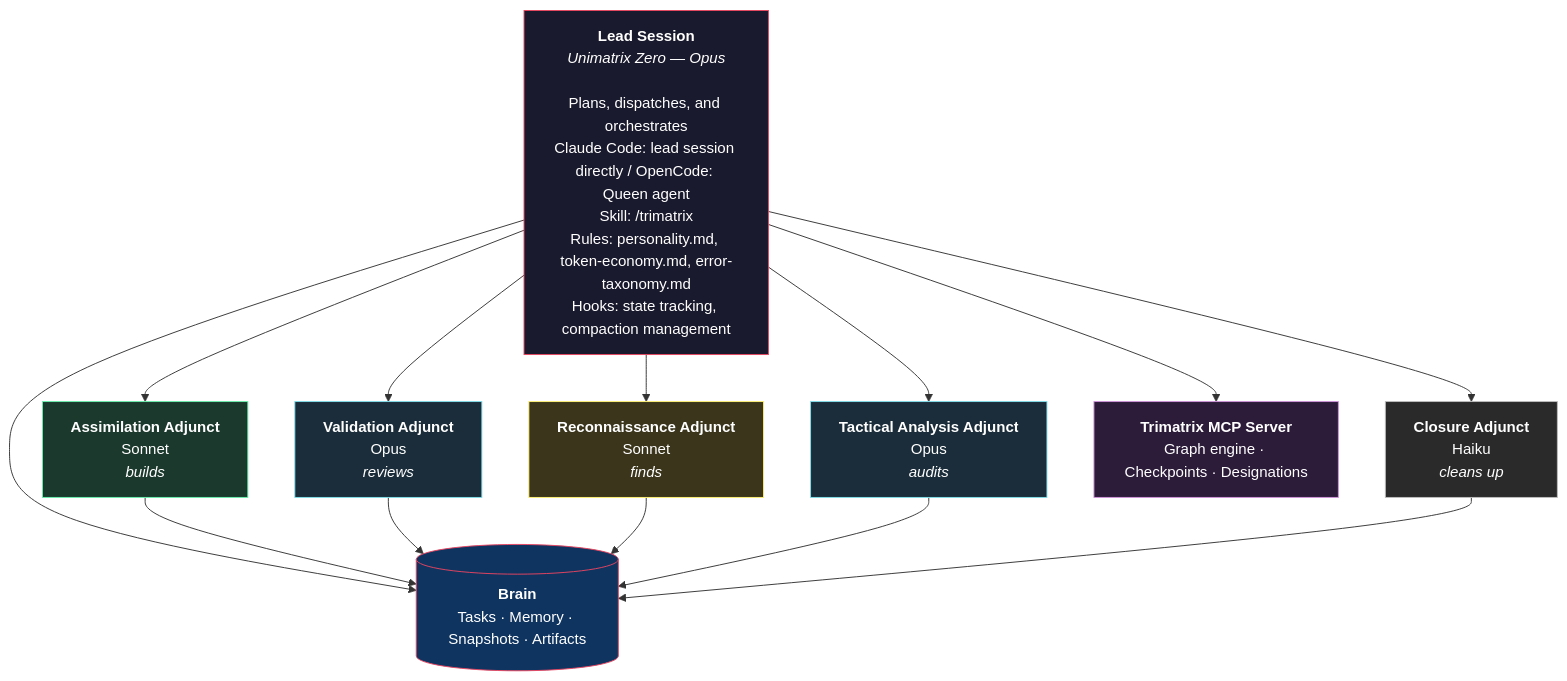
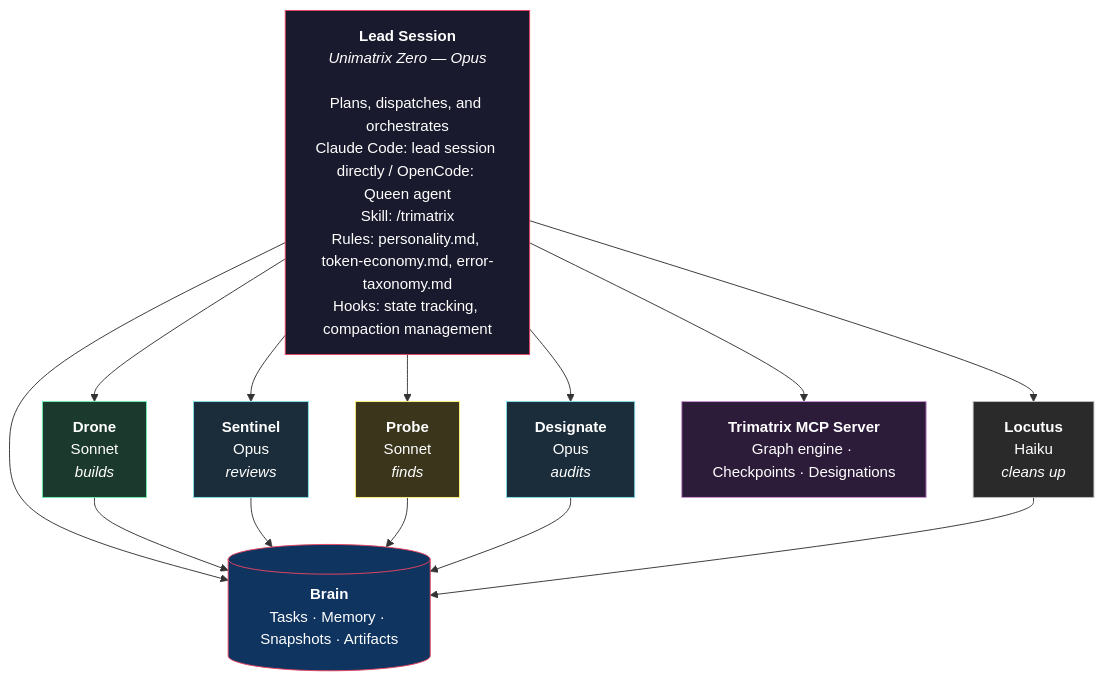
The second of 10 diagrams in README.md (benediktms/unimatrix), drawn with Mermaid before and after one commit. The commit also changed other lines of this file and 30 other files, not shown here.

````diff
--- a/README.md
+++ b/README.md
@@ -27,30 +27,30 @@
 ```mermaid
 graph TB
     Lead["<b>Lead Session</b><br/><i>Unimatrix Zero — Opus</i><br/><br/>Plans, dispatches, and orchestrates<br/>Claude Code: lead session directly / OpenCode: Queen agent<br/>Skill: /trimatrix<br/>Rules: personality.md, token-economy.md, error-taxonomy.md<br/>Hooks: state tracking, compaction management"]
 
-    Lead --> Assimilation["<b>Assimilation Adjunct</b><br/>Sonnet<br/><i>builds</i>"]
-    Lead --> Validation["<b>Validation Adjunct</b><br/>Opus<br/><i>reviews</i>"]
-    Lead --> Recon["<b>Reconnaissance Adjunct</b><br/>Sonnet<br/><i>finds</i>"]
-    Lead --> Tactical["<b>Tactical Analysis Adjunct</b><br/>Opus<br/><i>audits</i>"]
-    Lead --> Closure["<b>Closure Adjunct</b><br/>Haiku<br/><i>cleans up</i>"]
+    Lead --> Drone["<b>Drone</b><br/>Sonnet<br/><i>builds</i>"]
+    Lead --> Sentinel["<b>Sentinel</b><br/>Opus<br/><i>reviews</i>"]
+    Lead --> Probe["<b>Probe</b><br/>Sonnet<br/><i>finds</i>"]
+    Lead --> Designate["<b>Designate</b><br/>Opus<br/><i>audits</i>"]
+    Lead --> Locutus["<b>Locutus</b><br/>Haiku<br/><i>cleans up</i>"]
 
     Lead --> Brain
-    Assimilation --> Brain
-    Validation --> Brain
-    Recon --> Brain
-    Tactical --> Brain
-    Closure --> Brain
+    Drone --> Brain
+    Sentinel --> Brain
+    Probe --> Brain
+    Designate --> Brain
+    Locutus --> Brain
 
     Lead --> MCP["<b>Trimatrix MCP Server</b><br/>Graph engine · Checkpoints · Designations"]
 
     Brain[("<b>Brain</b><br/>Tasks · Memory · Snapshots · Artifacts")]
 
     style Lead fill:#1a1a2e,stroke:#e94560,color:#fff
     style Brain fill:#0f3460,stroke:#e94560,color:#fff
     style MCP fill:#2d1b3a,stroke:#ce93d8,color:#fff
-    style Assimilation fill:#1b3a2d,stroke:#69f0ae,color:#fff
-    style Validation fill:#1b2d3a,stroke:#80deea,color:#fff
-    style Recon fill:#3a351b,stroke:#fff176,color:#fff
-    style Tactical fill:#1b2d3a,stroke:#80deea,color:#fff
-    style Closure fill:#2a2a2a,stroke:#bdbdbd,color:#fff
+    style Drone fill:#1b3a2d,stroke:#69f0ae,color:#fff
+    style Sentinel fill:#1b2d3a,stroke:#80deea,color:#fff
+    style Probe fill:#3a351b,stroke:#fff176,color:#fff
+    style Designate fill:#1b2d3a,stroke:#80deea,color:#fff
+    style Locutus fill:#2a2a2a,stroke:#bdbdbd,color:#fff
 ```
````
